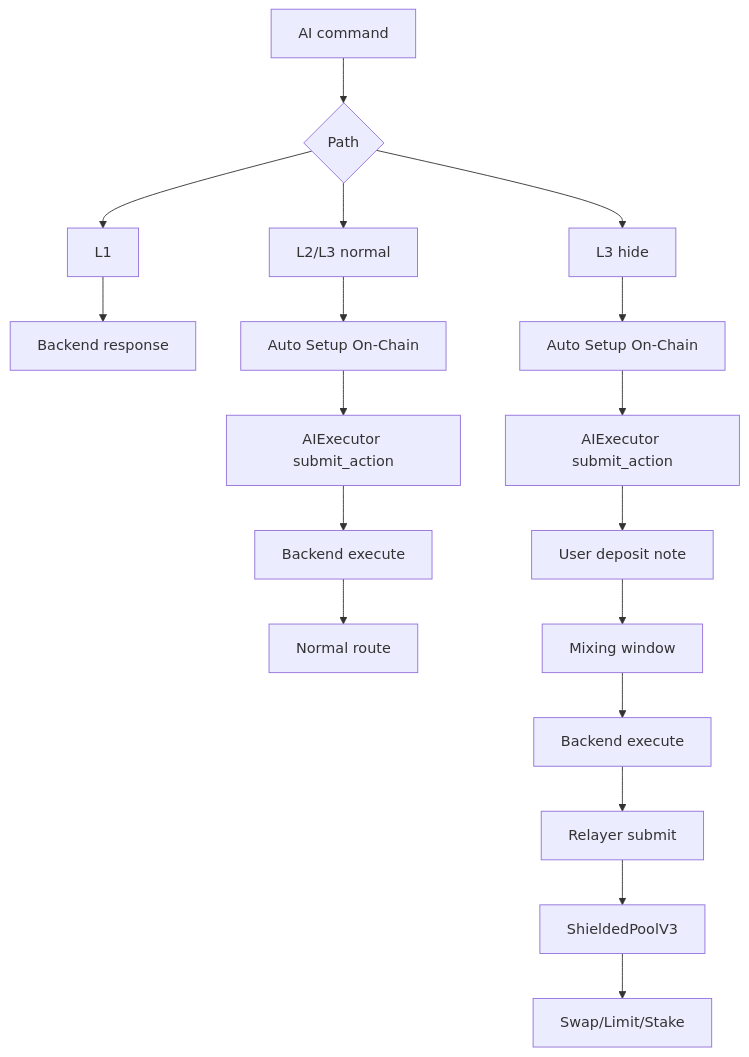
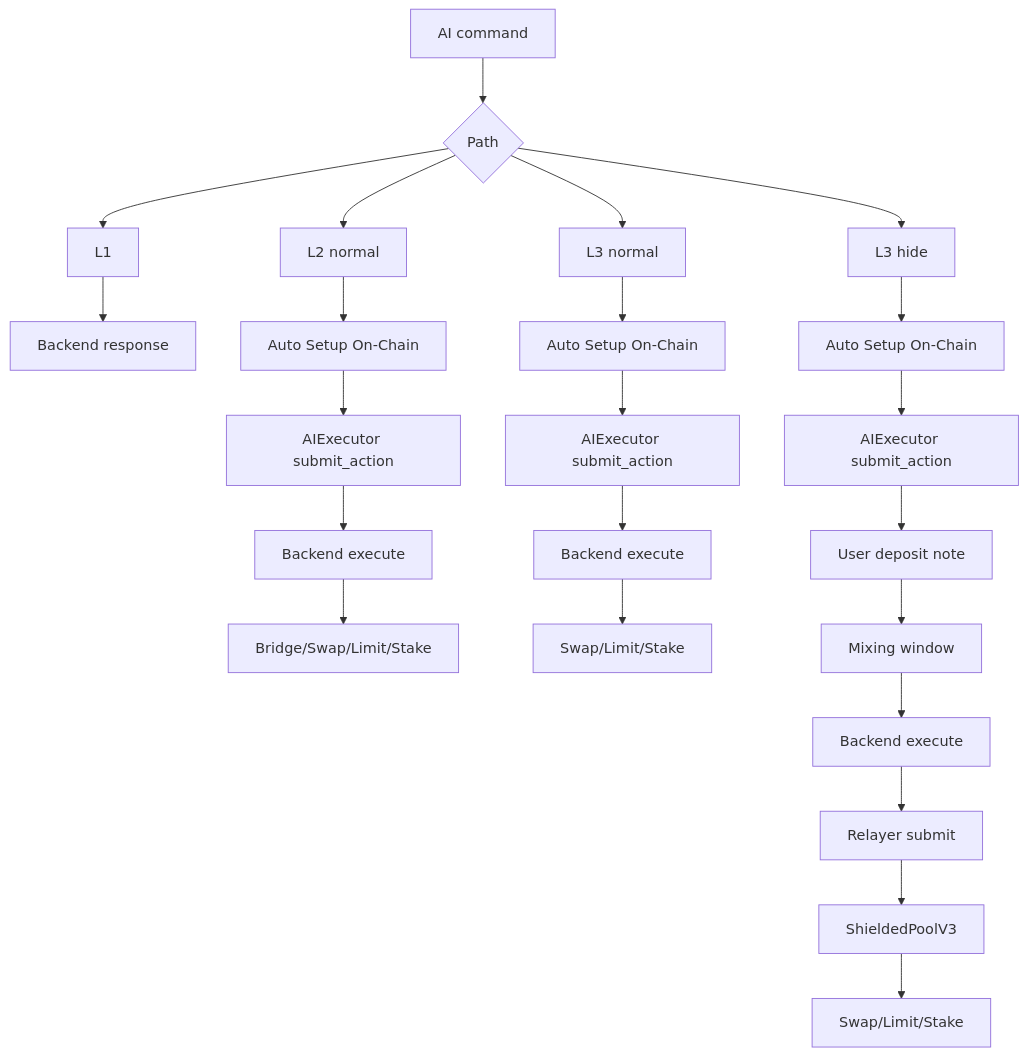
Before and after one commit to ntfound-dev/zkcarel_protocol: the fifth of 6 diagrams in README.md, drawn with Mermaid. The commit also changed other lines of this file and 3 other files, not shown here.

````diff
--- a/README.md
+++ b/README.md
@@ -202,23 +202,29 @@
 ```mermaid
 flowchart TD
   A[AI command] --> B{Path}
 
   B --> C[L1]
   C --> C1[Backend response]
 
-  B --> D[L2/L3 normal]
+  B --> D[L2 normal]
   D --> D1[Auto Setup On-Chain]
   D1 --> D2[AIExecutor submit_action]
   D2 --> D3[Backend execute]
-  D3 --> D4[Normal route]
+  D3 --> D4[Bridge/Swap/Limit/Stake]
 
-  B --> E[L3 hide]
+  B --> E[L3 normal]
   E --> E1[Auto Setup On-Chain]
   E1 --> E2[AIExecutor submit_action]
-  E2 --> E3[User deposit note]
-  E3 --> E4[Mixing window]
-  E4 --> E5[Backend execute]
-  E5 --> E6[Relayer submit]
-  E6 --> E7[ShieldedPoolV3]
-  E7 --> E8[Swap/Limit/Stake]
+  E2 --> E3[Backend execute]
+  E3 --> E4[Swap/Limit/Stake]
+
+  B --> F[L3 hide]
+  F --> F1[Auto Setup On-Chain]
+  F1 --> F2[AIExecutor submit_action]
+  F2 --> F3[User deposit note]
+  F3 --> F4[Mixing window]
+  F4 --> F5[Backend execute]
+  F5 --> F6[Relayer submit]
+  F6 --> F7[ShieldedPoolV3]
+  F7 --> F8[Swap/Limit/Stake]
 ```
````
